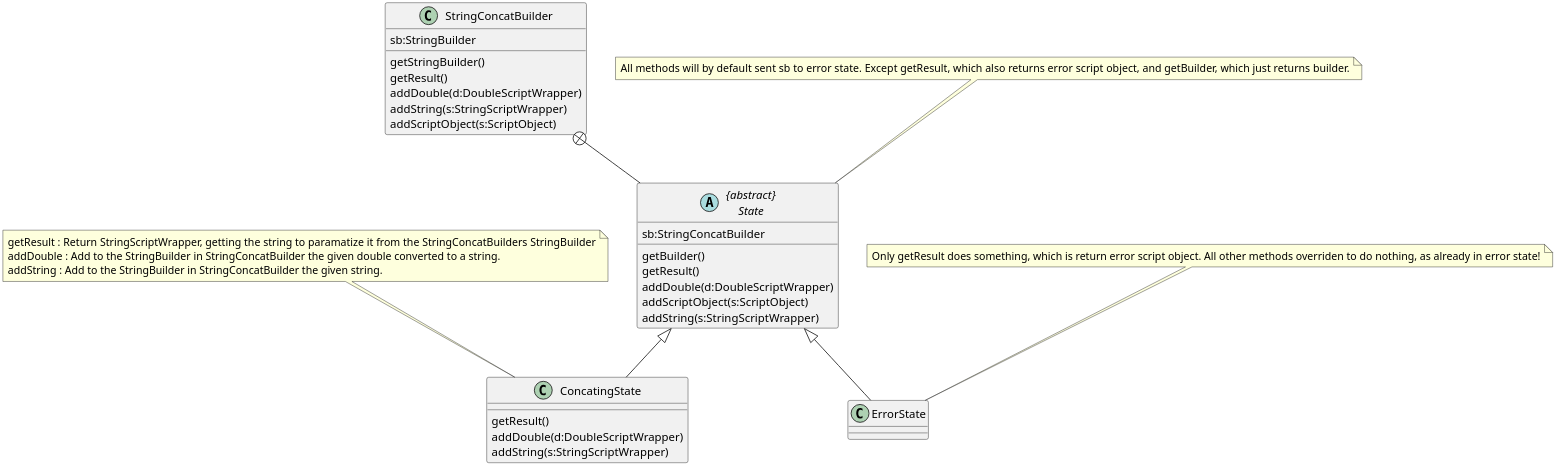
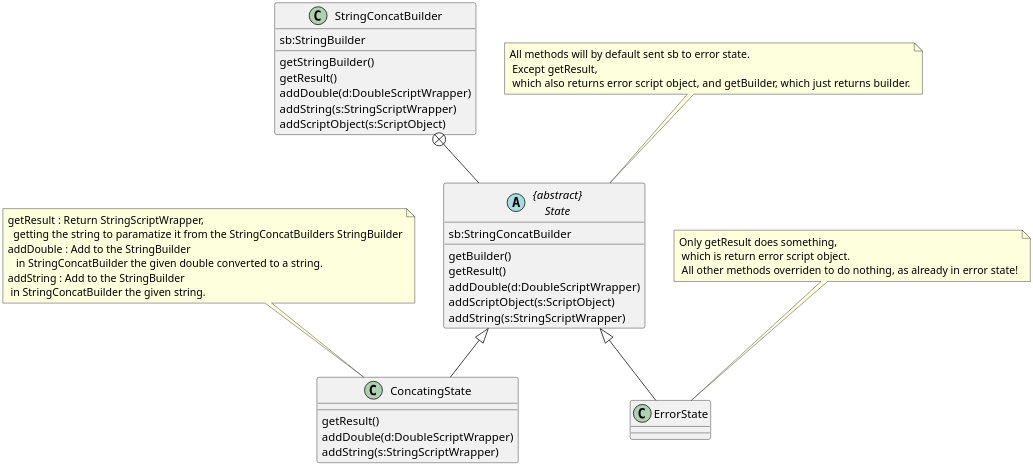
The diagram in Builder/StringConcatBuilder.org (MatthewBregg/DesignPatternsRepo), drawn with PlantUML before and after one commit. The commit also changed 3 other files, not shown here.

```diff
--- a/Builder/StringConcatBuilder.org
+++ b/Builder/StringConcatBuilder.org
@@ -1,42 +1,45 @@
 #+BEGIN_SRC plantuml :file StringConcatBuilder.png
 skinparam dpi 300
 
 class StringConcatBuilder
 StringConcatBuilder : sb:StringBuilder
 StringConcatBuilder : getStringBuilder()
 StringConcatBuilder : getResult()
 StringConcatBuilder : addDouble(d:DoubleScriptWrapper)
 StringConcatBuilder : addString(s:StringScriptWrapper)
 StringConcatBuilder : addScriptObject(s:ScriptObject)
 
 abstract class State as "{abstract}\nState"
 State : sb:StringConcatBuilder
 State : getBuilder()
 State : getResult()
 State : addDouble(d:DoubleScriptWrapper)
 State : addScriptObject(s:ScriptObject)
 State : addString(s:StringScriptWrapper)
 
-note top : All methods will by default sent sb to error state. Except getResult, which also returns error script object, and getBuilder, which just returns builder.
+note top : All methods will by default sent sb to error state. \n Except getResult, \n which also returns error script object, and getBuilder, which just returns builder.
 
 class ConcatingState
 ConcatingState : getResult()
 ConcatingState : addDouble(d:DoubleScriptWrapper)
 ConcatingState : addString(s:StringScriptWrapper)
 
 note top of ConcatingState 
-  getResult : Return StringScriptWrapper, getting the string to paramatize it from the StringConcatBuilders StringBuilder
-  addDouble : Add to the StringBuilder in StringConcatBuilder the given double converted to a string.
-  addString : Add to the StringBuilder in StringConcatBuilder the given string.
+  getResult : Return StringScriptWrapper, 
+    getting the string to paramatize it from the StringConcatBuilders StringBuilder
+  addDouble : Add to the StringBuilder
+     in StringConcatBuilder the given double converted to a string.
+  addString : Add to the StringBuilder
+   in StringConcatBuilder the given string.
 end note
 
 
 class ErrorState
 
-note top : Only getResult does something, which is return error script object. All other methods overriden to do nothing, as already in error state!
+note top : Only getResult does something, \n which is return error script object. \n All other methods overriden to do nothing, as already in error state!
 
 
 StringConcatBuilder +-- State
 State <|-- ConcatingState
 State <|-- ErrorState
 #+END_SRC
```
